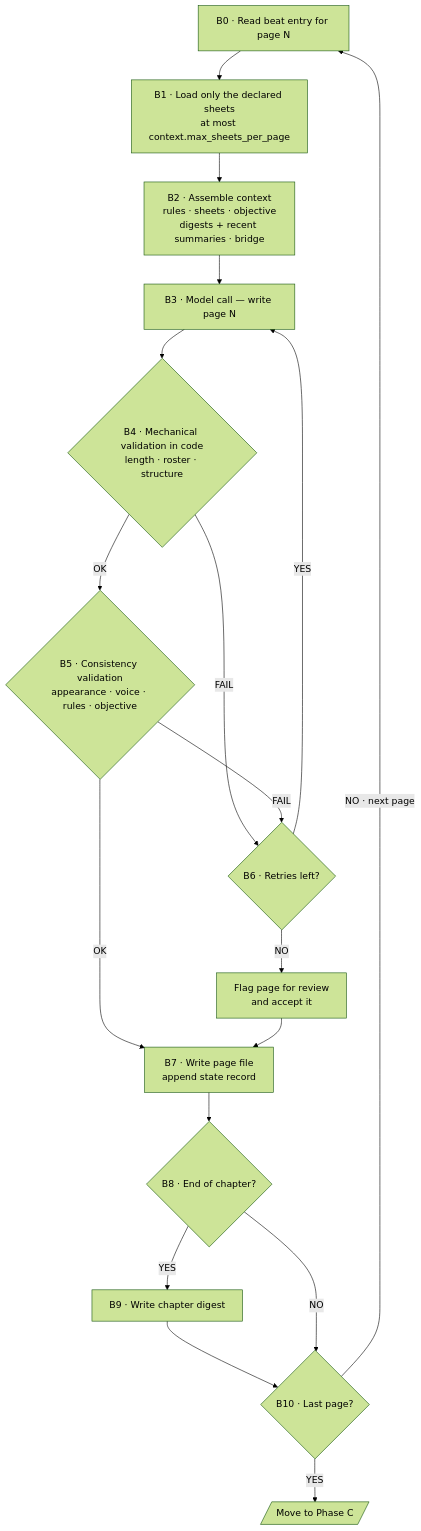
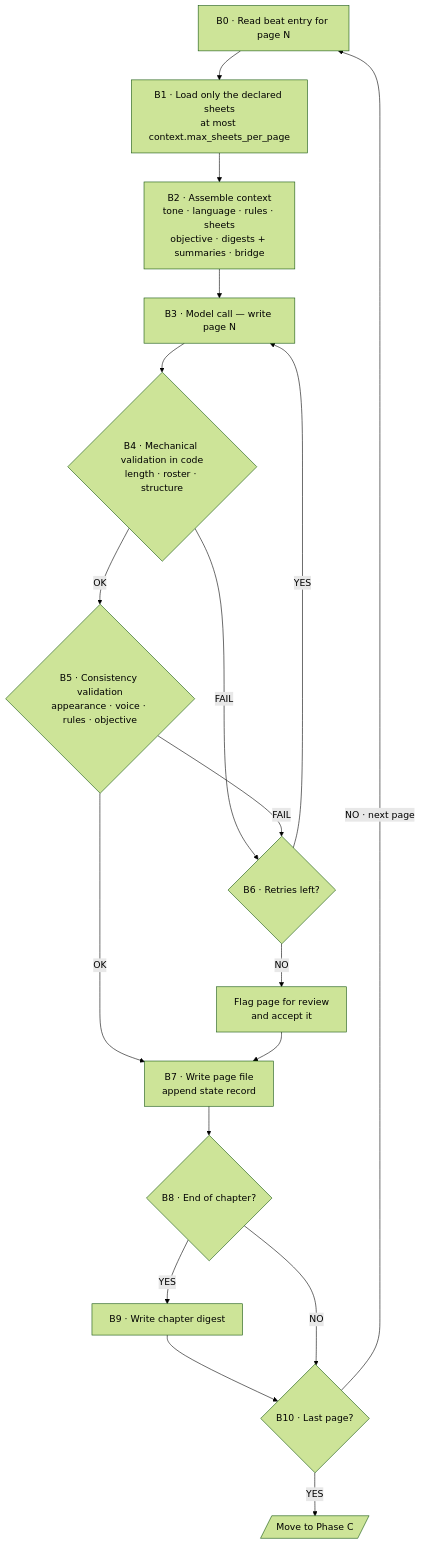
Before and after one commit to Asieribarz/my-story-marker: the second of 4 diagrams in functional_specification_story_agent.md, drawn with Mermaid (forest theme). The commit also changed other lines of this file and 2 other files, not shown here.

````diff
--- a/functional_specification_story_agent.md
+++ b/functional_specification_story_agent.md
@@ -150,29 +165,29 @@
 ```mermaid
 flowchart TD
     B0["B0 · Read beat entry for page N"]
     B1["B1 · Load only the declared sheets<br/>at most context.max_sheets_per_page"]
-    B2["B2 · Assemble context<br/>rules · sheets · objective<br/>digests + recent summaries · bridge"]
+    B2["B2 · Assemble context<br/>tone · language · rules · sheets<br/>objective · digests + summaries · bridge"]
     B3["B3 · Model call — write page N"]
     B4{"B4 · Mechanical validation in code<br/>length · roster · structure"}
     B5{"B5 · Consistency validation<br/>appearance · voice · rules · objective"}
     B6{"B6 · Retries left?"}
     MARK["Flag page for review<br/>and accept it"]
     B7["B7 · Write page file<br/>append state record"]
     B8{"B8 · End of chapter?"}
     B9["B9 · Write chapter digest"]
     B10{"B10 · Last page?"}
     FC[/"Move to Phase C"/]
 
     B0 --> B1 --> B2 --> B3 --> B4
     B4 -- FAIL --> B6
     B4 -- OK --> B5
     B5 -- FAIL --> B6
     B5 -- OK --> B7
     B6 -- YES --> B3
     B6 -- NO --> MARK --> B7
     B7 --> B8
     B8 -- YES --> B9 --> B10
     B8 -- NO --> B10
     B10 -- "NO · next page" --> B0
     B10 -- YES --> FC
 ```
````
